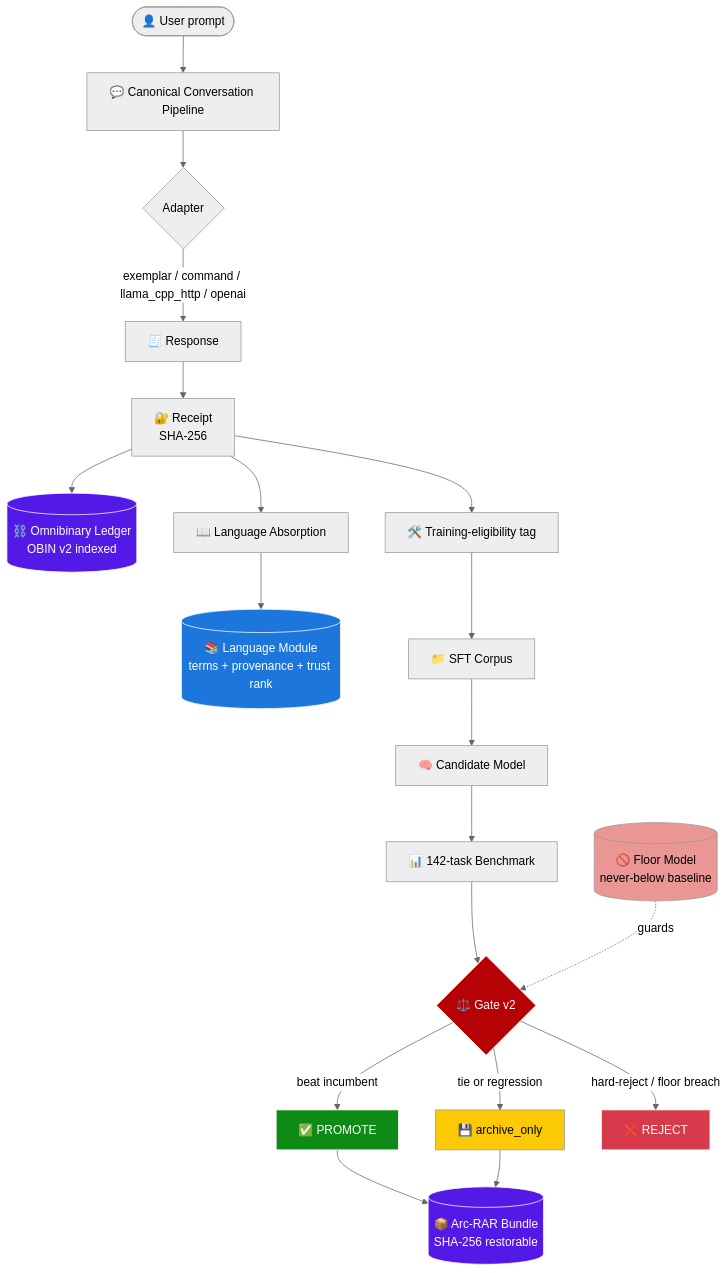
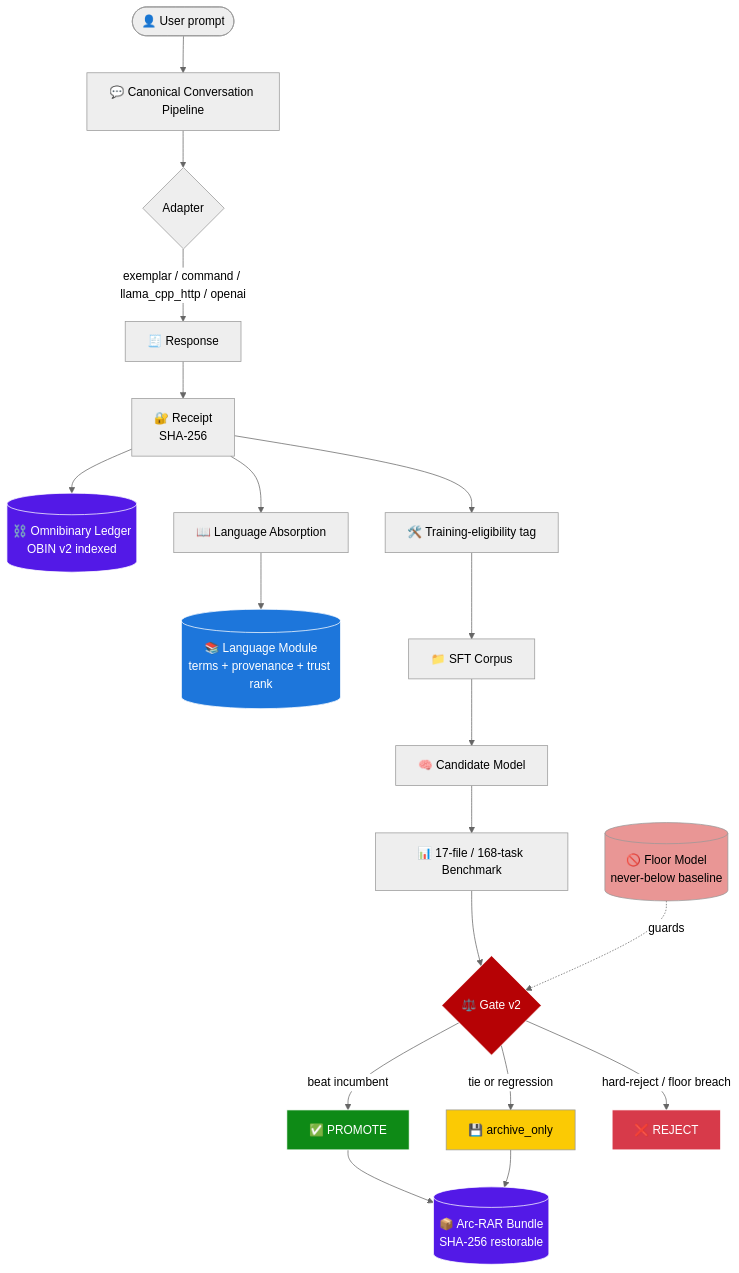
Before and after one commit to GareBear99/ARC-Neuron-LLMBuilder: the third of 4 diagrams in README.md, drawn with Mermaid (neutral theme). The commit also changed other lines of this file, not shown here.

````diff
--- a/README.md
+++ b/README.md
@@ -410,30 +427,30 @@
 ```mermaid
 flowchart TD
     U([👤 User prompt]) --> P[💬 Canonical Conversation Pipeline]
     P --> A{Adapter}
     A -->|exemplar / command / llama_cpp_http / openai| R[🧾 Response]
     R --> Rec[🔐 Receipt<br/>SHA-256]
     Rec --> OB[(⛓️ Omnibinary Ledger<br/>OBIN v2 indexed)]
     Rec --> LA[📖 Language Absorption]
     LA --> LM[(📚 Language Module<br/>terms + provenance + trust rank)]
     Rec --> Train[🛠️ Training-eligibility tag]
     Train --> Corpus[📁 SFT Corpus]
     Corpus --> Cand[🧠 Candidate Model]
-    Cand --> Bench[📊 142-task Benchmark]
+    Cand --> Bench[📊 17-file / 168-task Benchmark]
     Bench --> Gate{⚖️ Gate v2}
     Gate -->|beat incumbent| Promote[✅ PROMOTE]
     Gate -->|tie or regression| Archive[💾 archive_only]
     Gate -->|hard-reject / floor breach| Reject[❌ REJECT]
     Promote --> Bundle[(📦 Arc-RAR Bundle<br/>SHA-256 restorable)]
     Archive --> Bundle
     Floor[(🚫 Floor Model<br/>never-below baseline)] -.guards.-> Gate
 
     style Gate fill:#b60205,stroke:#fff,color:#fff
     style Promote fill:#0e8a16,stroke:#fff,color:#fff
     style Reject fill:#d73a4a,stroke:#fff,color:#fff
     style Archive fill:#fbca04,color:#000
     style OB fill:#5319e7,stroke:#fff,color:#fff
     style LM fill:#1d76db,stroke:#fff,color:#fff
     style Bundle fill:#5319e7,stroke:#fff,color:#fff
     style Floor fill:#e99695,color:#000
 ```
````
